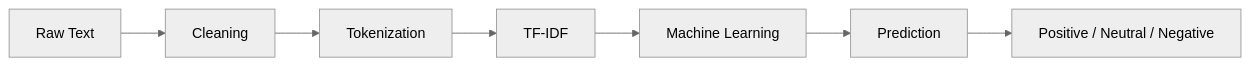
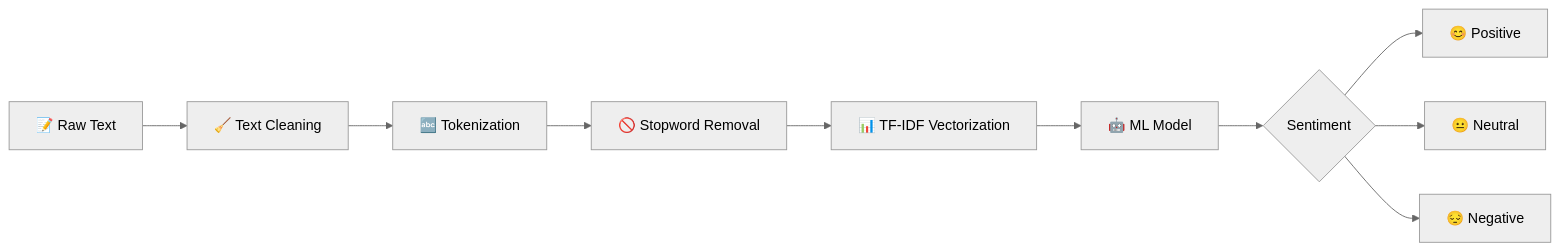
Before and after one commit to Shrutishinha/sentimental_analysis: the diagram in README.md, drawn with Mermaid (neutral theme). The commit also changed other lines of this file, not shown here.

````diff
--- a/README.md
+++ b/README.md
@@ -39,10 +89,12 @@
 ```mermaid
 flowchart LR
-A[Raw Text]
--->B[Cleaning]
--->C[Tokenization]
--->D[TF-IDF]
--->E[Machine Learning]
--->F[Prediction]
--->G[Positive / Neutral / Negative]
+    A["📝 Raw Text"] --> B["🧹 Text Cleaning"]
+    B --> C["🔤 Tokenization"]
+    C --> D["🚫 Stopword Removal"]
+    D --> E["📊 TF-IDF Vectorization"]
+    E --> F["🤖 ML Model"]
+    F --> G{"Sentiment"}
+    G --> H["😊 Positive"]
+    G --> I["😐 Neutral"]
+    G --> J["😔 Negative"]
 ```
````
